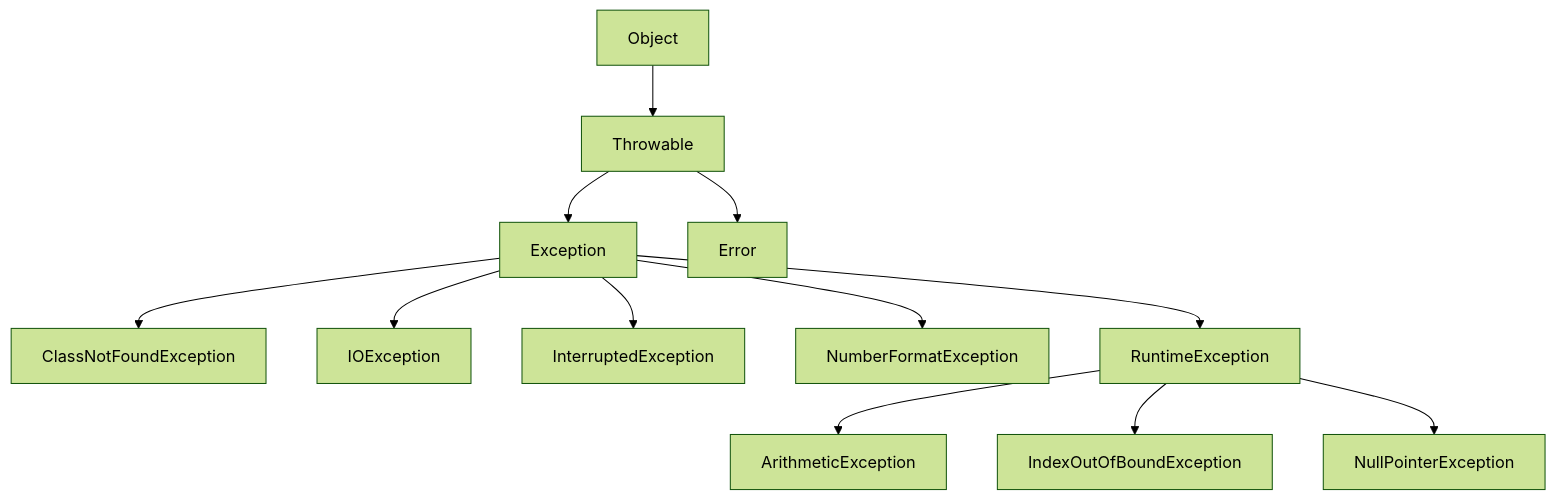
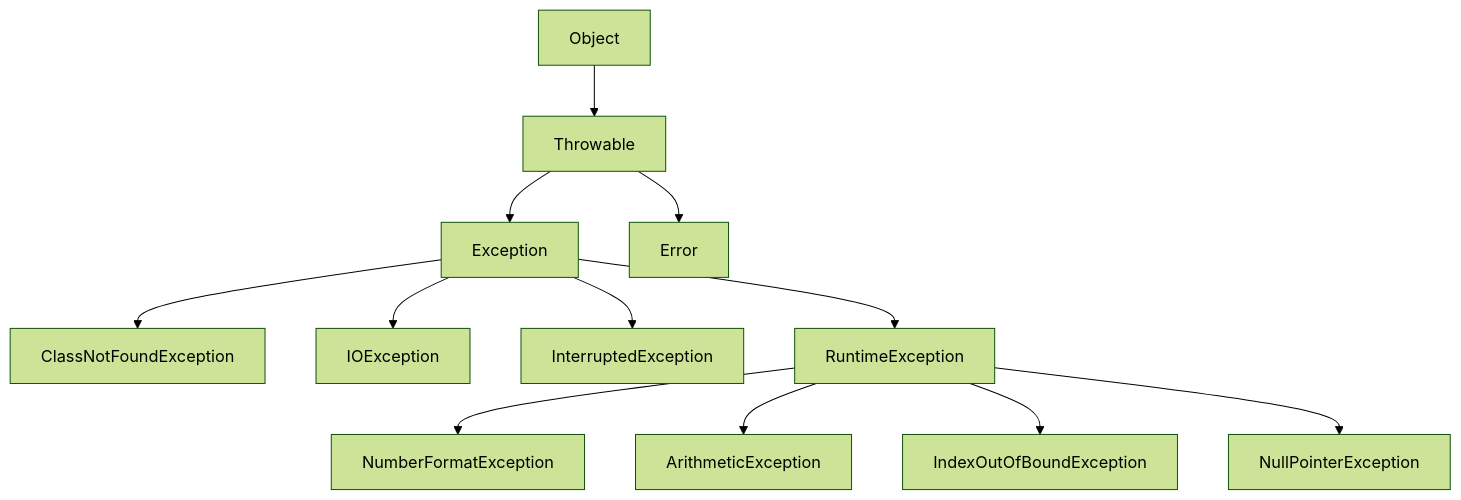
Before and after one commit to hadjShell/JavaLearningJourney: the diagram in java_notes.md, drawn with Mermaid (forest theme). The commit also changed other lines of this file and 1 other file, not shown here.

````diff
--- a/java_notes.md
+++ b/java_notes.md
@@ -567,14 +550,14 @@
   ```mermaid
   graph TD
   A[Object] --> B[Throwable]
   B --> C[Exception]
   B --> D[Error]
   C --> E[ClassNotFoundException]
   C --> F[IOException]
   C --> G[InterruptedException]
-  C --> H[NumberFormatException]
+  R --> H[NumberFormatException]
   C --> R[RuntimeException]
   R --> I[ArithmeticException]
   R --> J[IndexOutOfBoundException]
   R --> K[NullPointerException]
   ```
````
